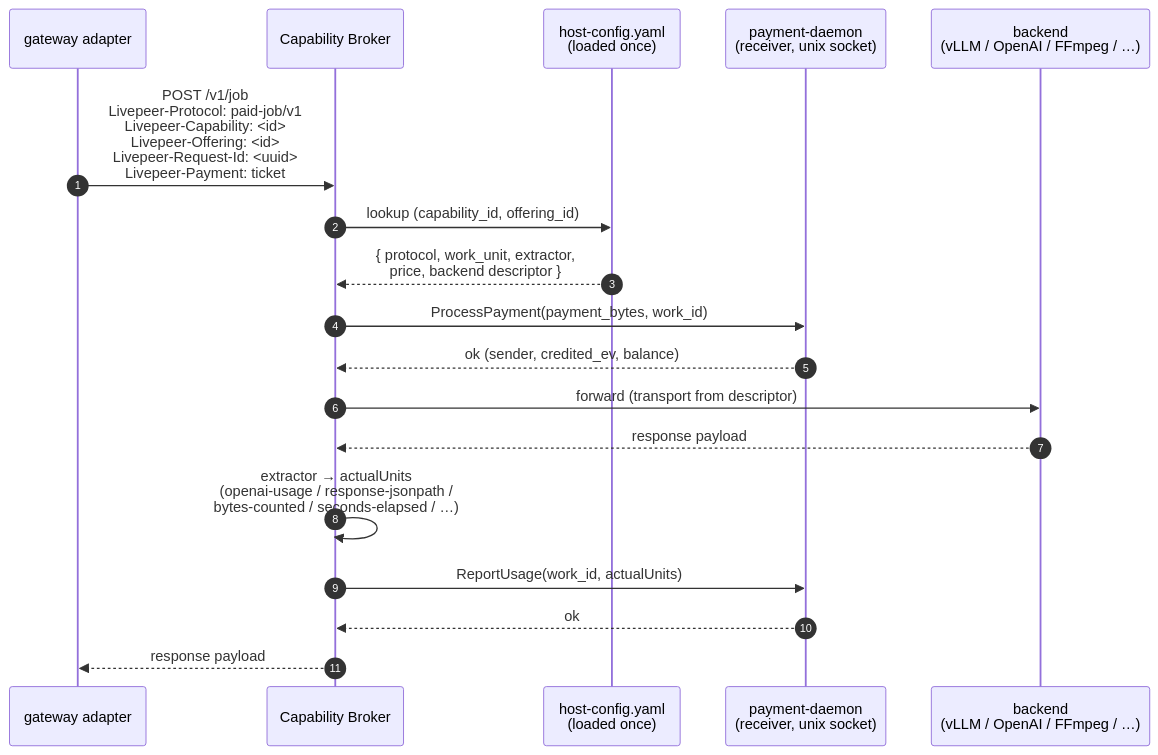
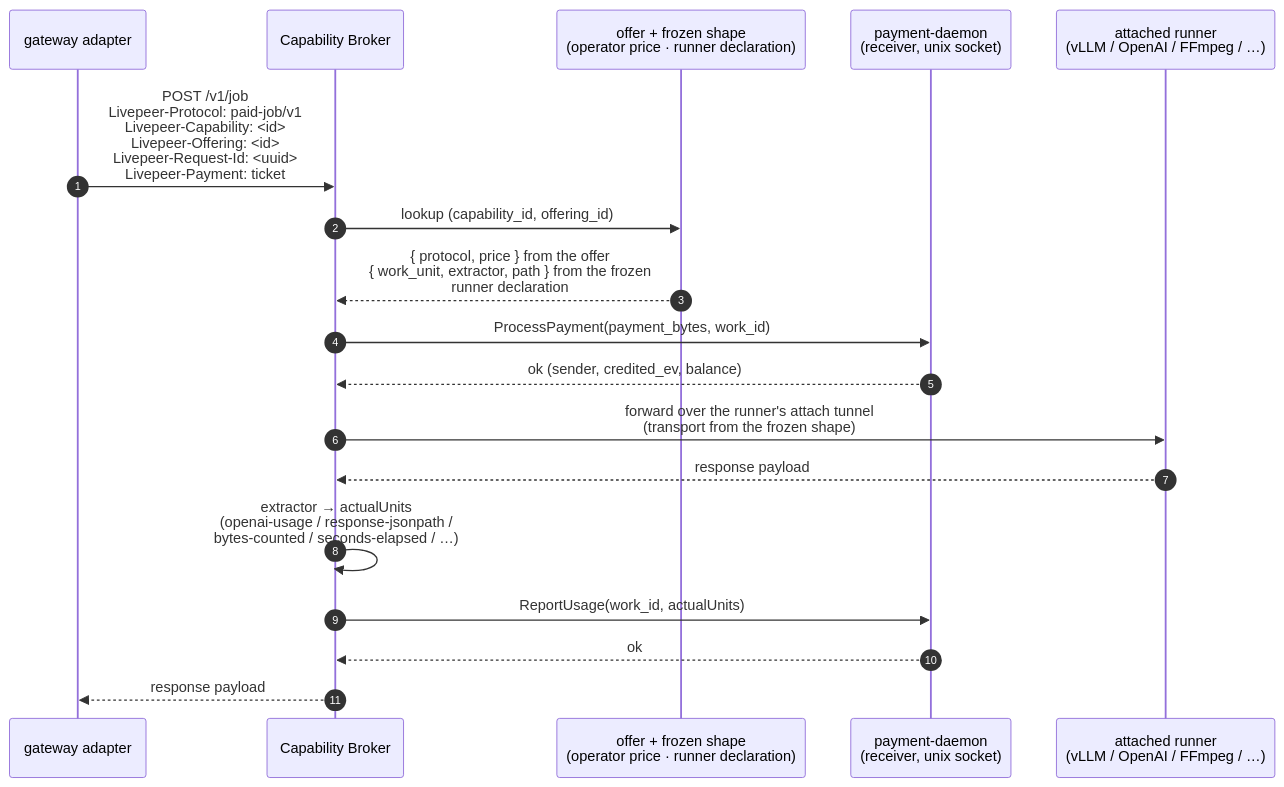
Before and after one commit to Cloud-SPE/livepeer-network-modules: the third of 9 diagrams in docs/design-docs/architecture-overview.md, drawn with Mermaid. The commit also changed other lines of this file and 66 other files, not shown here.

````diff
--- a/docs/design-docs/architecture-overview.md
+++ b/docs/design-docs/architecture-overview.md
@@ -221,23 +225,23 @@
 ```mermaid
 sequenceDiagram
     autonumber
     participant GW as gateway adapter
     participant Broker as Capability Broker
-    participant Cfg as host-config.yaml<br/>(loaded once)
+    participant Offer as offer + frozen shape<br/>(operator price · runner declaration)
     participant PD as payment-daemon<br/>(receiver, unix socket)
-    participant Backend as backend<br/>(vLLM / OpenAI / FFmpeg / …)
+    participant Runner as attached runner<br/>(vLLM / OpenAI / FFmpeg / …)
 
     GW->>Broker: POST /v1/job<br/>Livepeer-Protocol: paid-job/v1<br/>Livepeer-Capability: <id><br/>Livepeer-Offering: <id><br/>Livepeer-Request-Id: <uuid><br/>Livepeer-Payment: ticket
-    Broker->>Cfg: lookup (capability_id, offering_id)
-    Cfg-->>Broker: { protocol, work_unit, extractor,<br/>price, backend descriptor }
+    Broker->>Offer: lookup (capability_id, offering_id)
+    Offer-->>Broker: { protocol, price } from the offer<br/>{ work_unit, extractor, path } from the frozen<br/>runner declaration
     Broker->>PD: ProcessPayment(payment_bytes, work_id)
     PD-->>Broker: ok (sender, credited_ev, balance)
 
-    Broker->>Backend: forward (transport from descriptor)
-    Backend-->>Broker: response payload
+    Broker->>Runner: forward over the runner's attach tunnel<br/>(transport from the frozen shape)
+    Runner-->>Broker: response payload
 
     Broker->>Broker: extractor → actualUnits<br/>(openai-usage / response-jsonpath /<br/>bytes-counted / seconds-elapsed / …)
     Broker->>PD: ReportUsage(work_id, actualUnits)
     PD-->>Broker: ok
     Broker-->>GW: response payload
 ```
````
